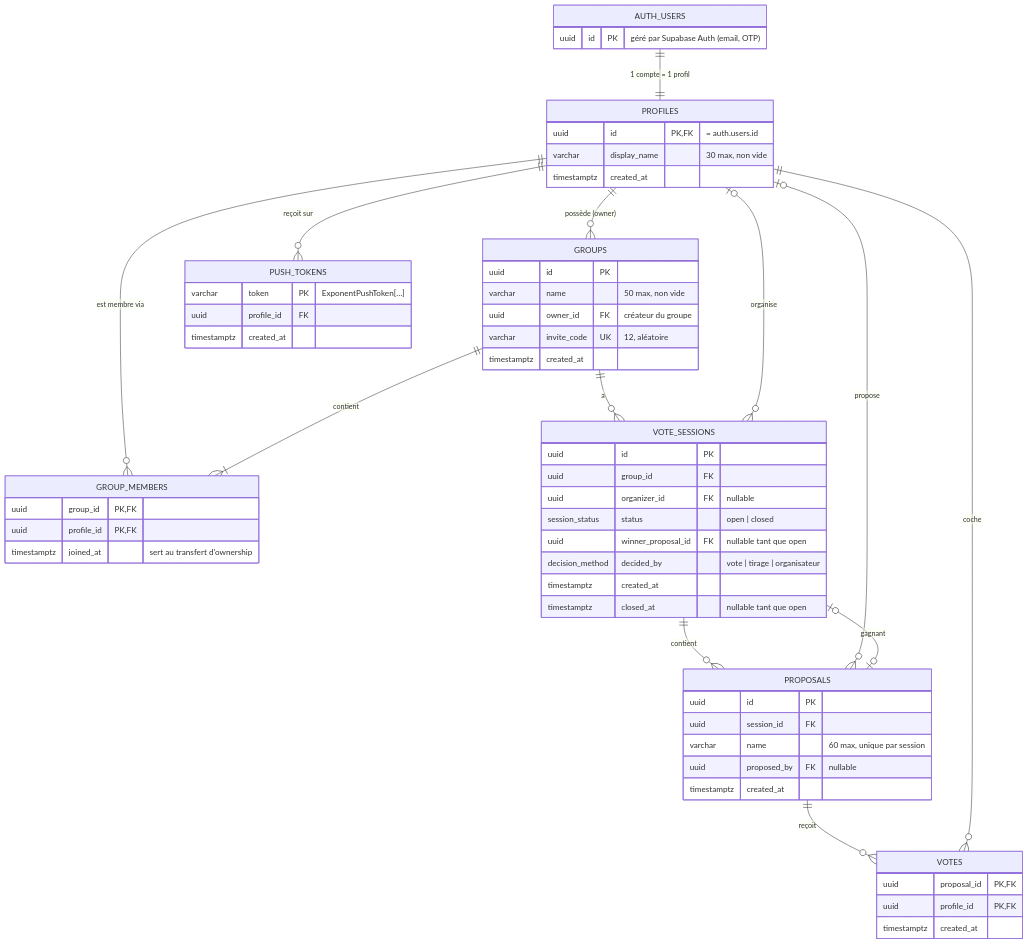
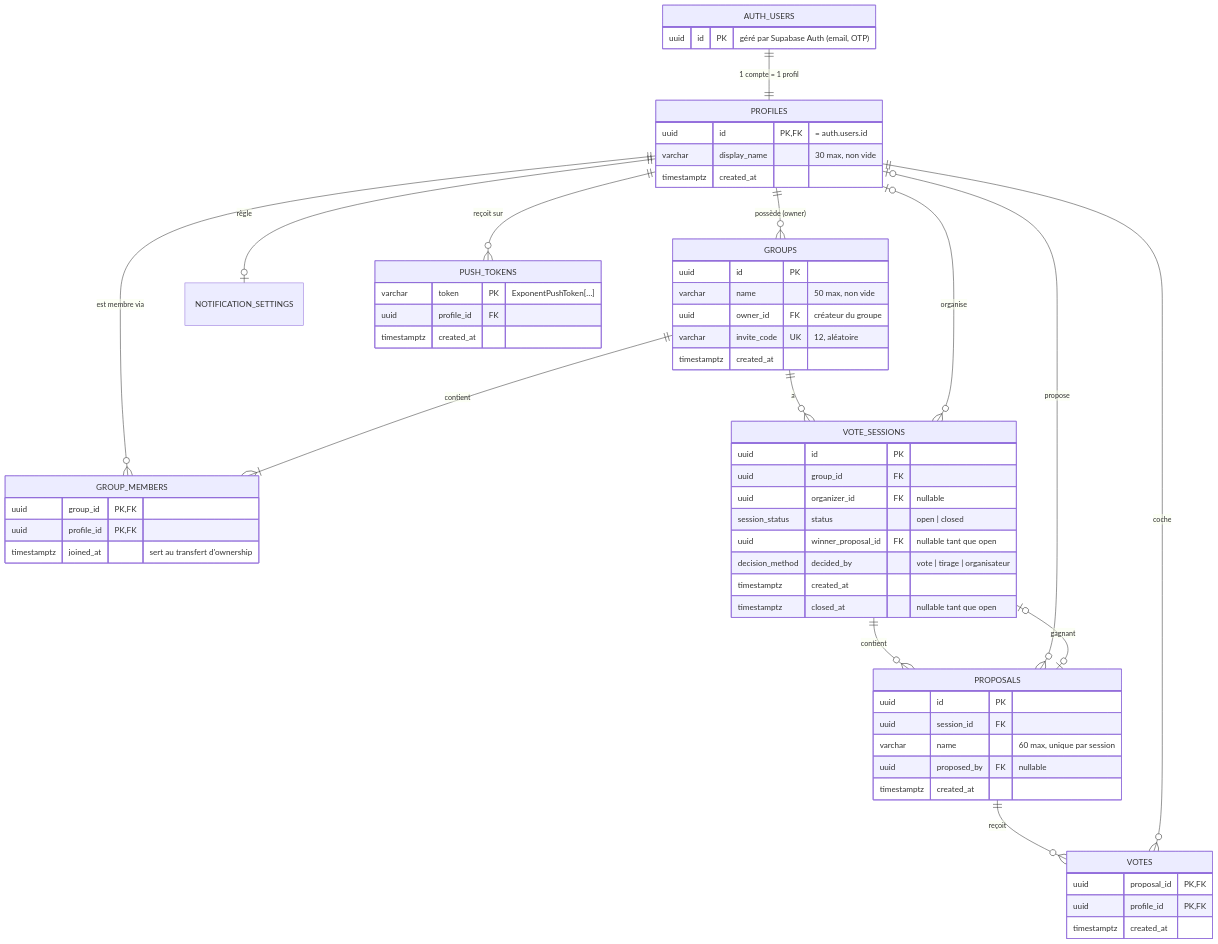
Before and after one commit to BryanChn/on-mange-quoi: the diagram in docs/schema.md, drawn with Mermaid. The commit also changed other lines of this file and 4 other files, not shown here.

````diff
--- a/docs/schema.md
+++ b/docs/schema.md
@@ -8,63 +8,64 @@
 ```mermaid
 erDiagram
     AUTH_USERS ||--|| PROFILES : "1 compte = 1 profil"
     PROFILES ||--o{ GROUPS : "possède (owner)"
     PROFILES ||--o{ GROUP_MEMBERS : "est membre via"
     GROUPS ||--|{ GROUP_MEMBERS : "contient"
     GROUPS ||--o{ VOTE_SESSIONS : "a"
     PROFILES |o--o{ VOTE_SESSIONS : "organise"
     VOTE_SESSIONS ||--o{ PROPOSALS : "contient"
     PROFILES |o--o{ PROPOSALS : "propose"
     VOTE_SESSIONS |o--o| PROPOSALS : "gagnant"
     PROPOSALS ||--o{ VOTES : "reçoit"
     PROFILES ||--o{ VOTES : "coche"
+    PROFILES ||--o| NOTIFICATION_SETTINGS : "règle"
     PROFILES ||--o{ PUSH_TOKENS : "reçoit sur"
 
     AUTH_USERS {
         uuid id PK "géré par Supabase Auth (email, OTP)"
     }
     PROFILES {
         uuid id PK, FK "= auth.users.id"
         varchar display_name "30 max, non vide"
         timestamptz created_at
     }
     GROUPS {
         uuid id PK
         varchar name "50 max, non vide"
         uuid owner_id FK "créateur du groupe"
         varchar invite_code UK "12, aléatoire"
         timestamptz created_at
     }
     GROUP_MEMBERS {
         uuid group_id PK, FK
         uuid profile_id PK, FK
         timestamptz joined_at "sert au transfert d'ownership"
     }
     VOTE_SESSIONS {
         uuid id PK
         uuid group_id FK
         uuid organizer_id FK "nullable"
         session_status status "open | closed"
         uuid winner_proposal_id FK "nullable tant que open"
         decision_method decided_by "vote | tirage | organisateur"
         timestamptz created_at
         timestamptz closed_at "nullable tant que open"
     }
     PROPOSALS {
         uuid id PK
         uuid session_id FK
         varchar name "60 max, unique par session"
         uuid proposed_by FK "nullable"
         timestamptz created_at
     }
     VOTES {
         uuid proposal_id PK, FK
         uuid profile_id PK, FK
         timestamptz created_at
     }
     PUSH_TOKENS {
         varchar token PK "ExponentPushToken[…]"
         uuid profile_id FK
         timestamptz created_at
     }
 ```
````
